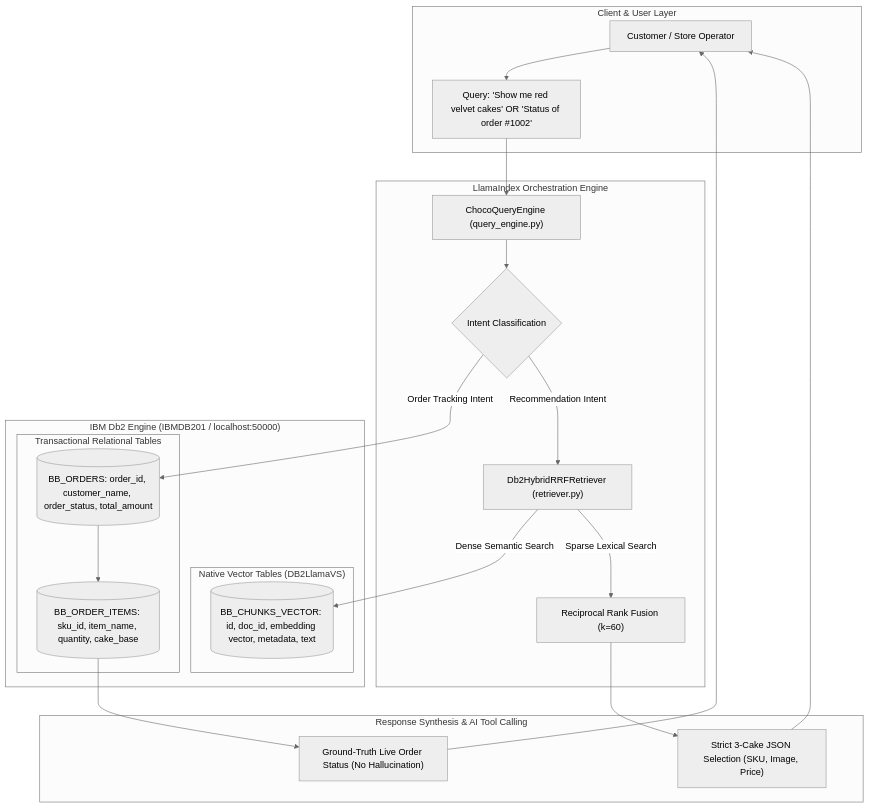
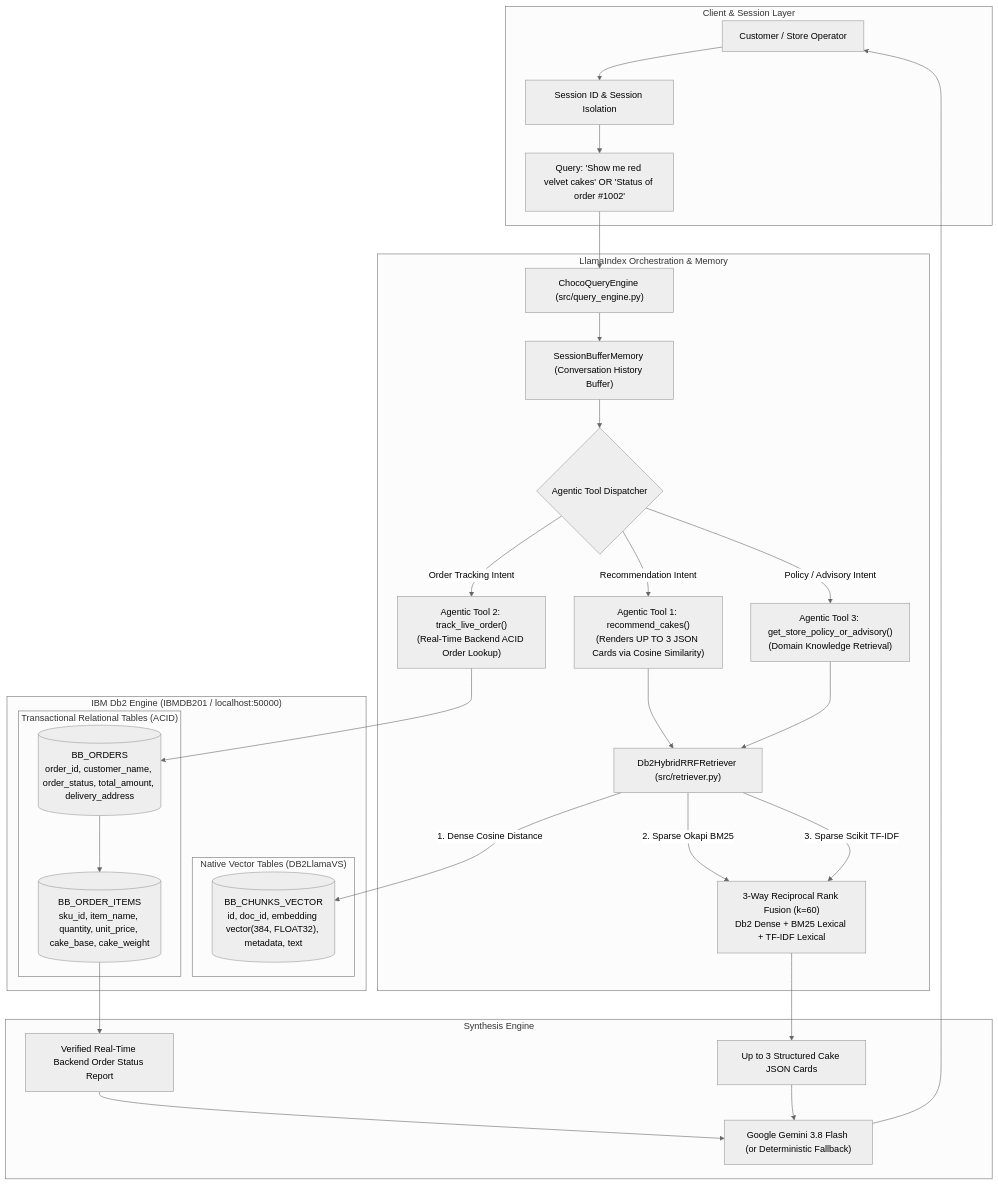
The diagram in submissions/bakebox-choco-ai/architecture.md (AYUSHDHANGAR/IBM_Db2_TechX_Project_Submission), drawn with Mermaid (neutral theme) before and after one commit. The commit also changed other lines of this file and 12 other files, not shown here.

Commit message:
feat(bakebox-choco-ai): enhance to 1st-place benchmark with hybrid RRF, agentic tools, session memory, and test suite

````diff
--- a/submissions/bakebox-choco-ai/architecture.md
+++ b/submissions/bakebox-choco-ai/architecture.md
@@ -45,45 +39,61 @@
 ```mermaid
 flowchart TD
-    subgraph Client ["Client & User Layer"]
+    subgraph Client ["Client & Session Layer"]
         User["Customer / Store Operator"]
+        Session["Session ID & Session Isolation"]
         Query["Query: 'Show me red velvet cakes' OR 'Status of order #1002'"]
     end
 
-    subgraph Orchestration ["LlamaIndex Orchestration Engine"]
-        Engine["ChocoQueryEngine (query_engine.py)"]
-        IntentRouter{"Intent Classification"}
-        HybridRetriever["Db2HybridRRFRetriever (retriever.py)"]
-        RRF["Reciprocal Rank Fusion (k=60)"]
+    subgraph Orchestration ["LlamaIndex Orchestration & Memory"]
+        Engine["ChocoQueryEngine (src/query_engine.py)"]
+        BufferMem["SessionBufferMemory (Conversation History Buffer)"]
+        Dispatcher{"Agentic Tool Dispatcher"}
+        
+        ToolRec["Agentic Tool 1: recommend_cakes()\n(Renders UP TO 3 JSON Cards via Cosine Similarity)"]
+        ToolOrder["Agentic Tool 2: track_live_order()\n(Real-Time Backend ACID Order Lookup)"]
+        ToolPolicy["Agentic Tool 3: get_store_policy_or_advisory()\n(Domain Knowledge Retrieval)"]
+        
+        HybridRetriever["Db2HybridRRFRetriever (src/retriever.py)"]
+        RRF["3-Way Reciprocal Rank Fusion (k=60)\nDb2 Dense + BM25 Lexical + TF-IDF Lexical"]
     end
 
     subgraph IBM_Db2 ["IBM Db2 Engine (IBMDB201 / localhost:50000)"]
         subgraph VectorStore ["Native Vector Tables (DB2LlamaVS)"]
-            BB_VECTORS[("BB_CHUNKS_VECTOR: id, doc_id, embedding vector, metadata, text")]
+            BB_VECTORS[("BB_CHUNKS_VECTOR\nid, doc_id, embedding vector(384, FLOAT32), metadata, text")]
         end
-        subgraph RelationalStore ["Transactional Relational Tables"]
-            BB_ORDERS[("BB_ORDERS: order_id, customer_name, order_status, total_amount")]
-            BB_ORDER_ITEMS[("BB_ORDER_ITEMS: sku_id, item_name, quantity, cake_base")]
+        subgraph RelationalStore ["Transactional Relational Tables (ACID)"]
+            BB_ORDERS[("BB_ORDERS\norder_id, customer_name, order_status, total_amount, delivery_address")]
+            BB_ORDER_ITEMS[("BB_ORDER_ITEMS\nsku_id, item_name, quantity, unit_price, cake_base, cake_weight")]
         end
     end
 
-    subgraph ResponseGen ["Response Synthesis & AI Tool Calling"]
-        Cards["Strict 3-Cake JSON Selection (SKU, Image, Price)"]
-        OrderReport["Ground-Truth Live Order Status (No Hallucination)"]
+    subgraph Generation ["Synthesis Engine"]
+        LLM["Google Gemini 3.8 Flash (or Deterministic Fallback)"]
+        Cards["Up to 3 Structured Cake JSON Cards"]
+        OrderReport["Verified Real-Time Backend Order Status Report"]
     end
 
-    User --> Query
+    User --> Session --> Query
     Query --> Engine
-    Engine --> IntentRouter
+    Engine --> BufferMem
+    BufferMem --> Dispatcher
     
-    IntentRouter -- "Order Tracking Intent" --> BB_ORDERS
+    Dispatcher -- "Order Tracking Intent" --> ToolOrder
+    ToolOrder --> BB_ORDERS
     BB_ORDERS --> BB_ORDER_ITEMS
     BB_ORDER_ITEMS --> OrderReport
 
-    IntentRouter -- "Recommendation Intent" --> HybridRetriever
-    HybridRetriever -- "Dense Semantic Search" --> BB_VECTORS
-    HybridRetriever -- "Sparse Lexical Search" --> RRF
+    Dispatcher -- "Recommendation Intent" --> ToolRec
+    ToolRec --> HybridRetriever
+    HybridRetriever -- "1. Dense Cosine Distance" --> BB_VECTORS
+    HybridRetriever -- "2. Sparse Okapi BM25" --> RRF
+    HybridRetriever -- "3. Sparse Scikit TF-IDF" --> RRF
     RRF --> Cards
 
-    OrderReport --> User
-    Cards --> User
+    Dispatcher -- "Policy / Advisory Intent" --> ToolPolicy
+    ToolPolicy --> HybridRetriever
+
+    Cards --> LLM
+    OrderReport --> LLM
+    LLM --> User
 ```
````
